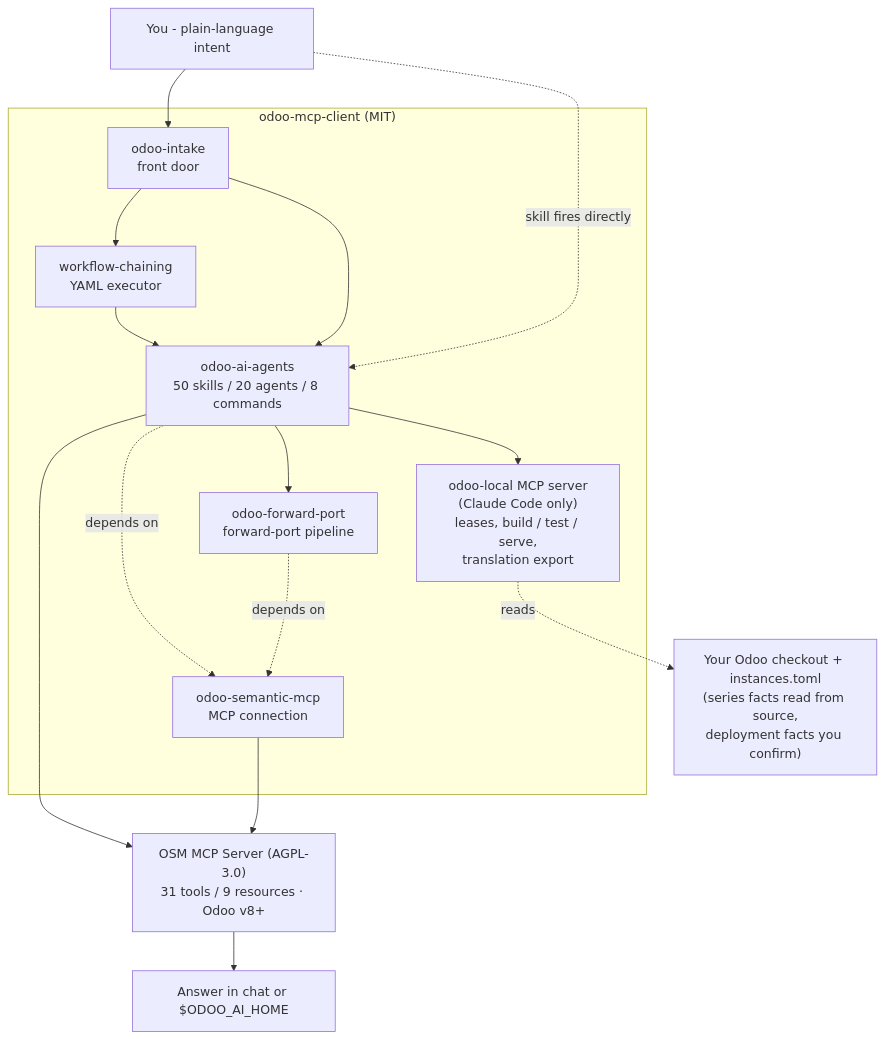
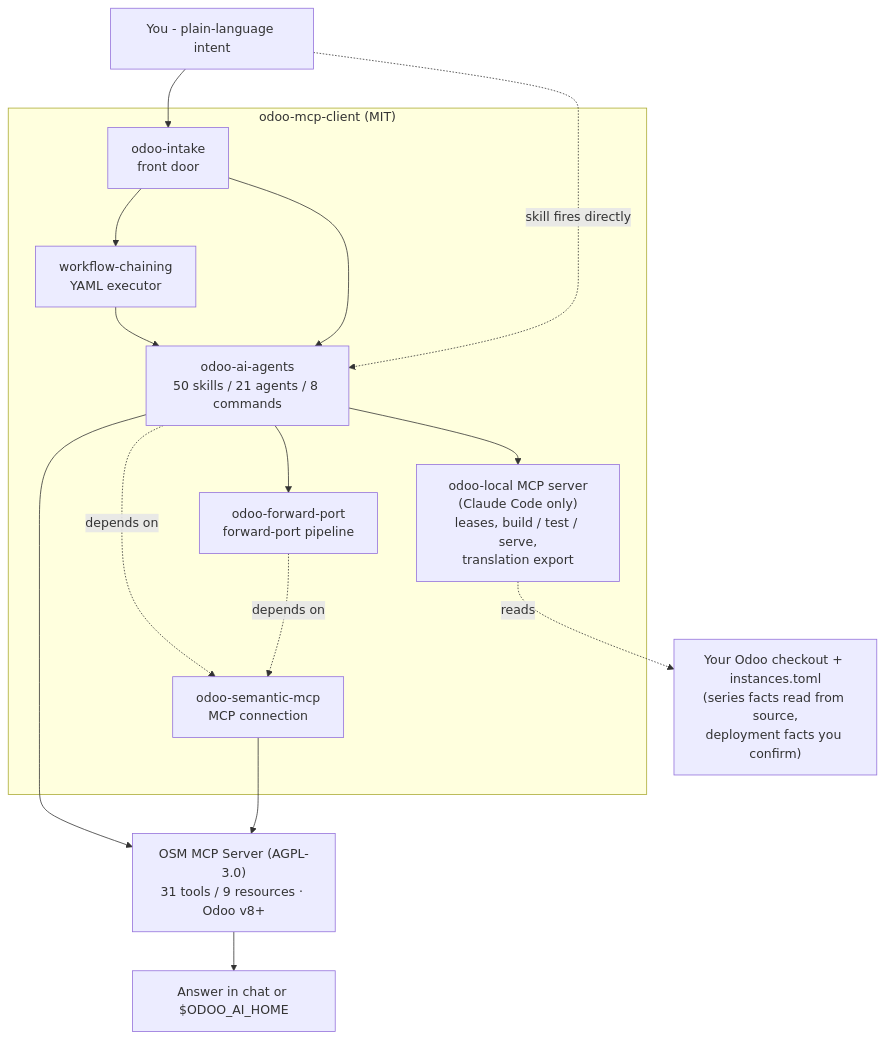
One commit to Viindoo/odoo-mcp-client changed the diagram in README.md. Above: the diagram before and after it, drawn with Mermaid. The commit also changed other lines of this file and 59 other files, not shown here.

First line of the commit message:
feat(odoo-ai-agents)!: one doc route and a product docs-site capability

````diff
--- a/README.md
+++ b/README.md
@@ -13,30 +13,30 @@
 ```mermaid
 flowchart TD
     You["You - plain-language intent"]
 
     subgraph client["odoo-mcp-client (MIT)"]
         intake["odoo-intake<br/>front door"]
         wfrunner["workflow-chaining<br/>YAML executor"]
-        skills["odoo-ai-agents<br/>50 skills / 20 agents / 8 commands"]
+        skills["odoo-ai-agents<br/>50 skills / 21 agents / 8 commands"]
         fp["odoo-forward-port<br/>forward-port pipeline"]
         mcp["odoo-semantic-mcp<br/>MCP connection"]
         local["odoo-local MCP server<br/>(Claude Code only)<br/>leases, build / test / serve,<br/>translation export"]
         intake --> wfrunner --> skills
         intake --> skills
         skills --> fp
         skills -. depends on .-> mcp
         fp -. depends on .-> mcp
         skills --> local
     end
 
     server["OSM MCP Server (AGPL-3.0)<br/>31 tools / 9 resources · Odoo v8+"]
     checkout["Your Odoo checkout + instances.toml<br/>(series facts read from source,<br/>deployment facts you confirm)"]
     out["Answer in chat or $ODOO_AI_HOME"]
 
     You --> intake
     You -. "skill fires directly" .-> skills
     skills --> server
     mcp --> server
     server --> out
     local -. reads .-> checkout
 ```
````
